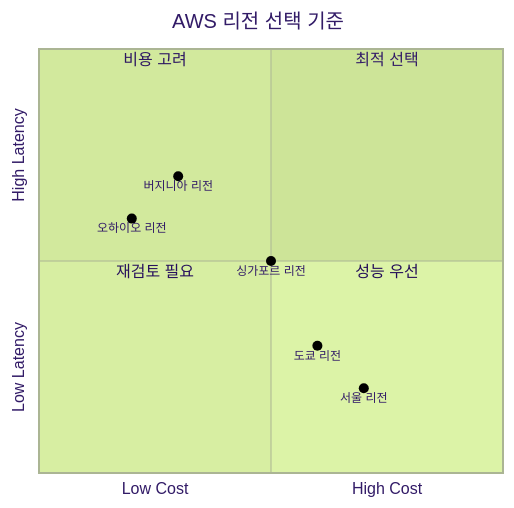
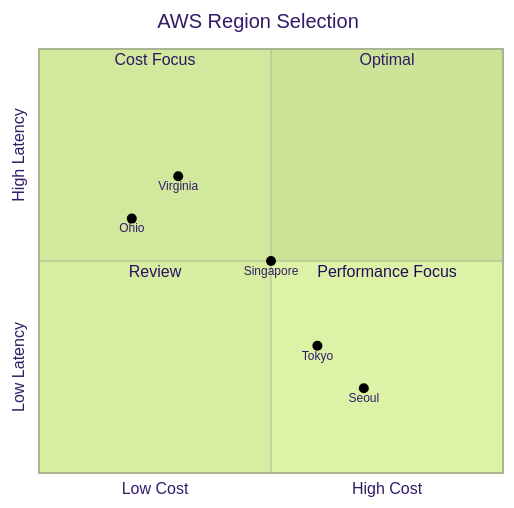
The third of 10 diagrams in theory/week_05/day1/session_1.md (niceguy61/kdt_devops_lecture_2025), drawn with Mermaid (forest theme) before and after one commit. The commit also changed 1 other file, not shown here.

````diff
--- a/theory/week_05/day1/session_1.md
+++ b/theory/week_05/day1/session_1.md
@@ -137,15 +137,15 @@
 ```mermaid
 quadrantChart
-    title AWS 리전 선택 기준
+    title AWS Region Selection
     x-axis Low Cost --> High Cost
     y-axis Low Latency --> High Latency
-    quadrant-1 최적 선택
-    quadrant-2 비용 고려
-    quadrant-3 재검토 필요
-    quadrant-4 성능 우선
-    서울 리전: [0.7, 0.2]
-    도쿄 리전: [0.6, 0.3]
-    버지니아 리전: [0.3, 0.7]
-    오하이오 리전: [0.2, 0.6]
-    싱가포르 리전: [0.5, 0.5]
+    quadrant-1 Optimal
+    quadrant-2 Cost Focus
+    quadrant-3 Review
+    quadrant-4 Performance Focus
+    Seoul: [0.7, 0.2]
+    Tokyo: [0.6, 0.3]
+    Virginia: [0.3, 0.7]
+    Ohio: [0.2, 0.6]
+    Singapore: [0.5, 0.5]
 ```
````
